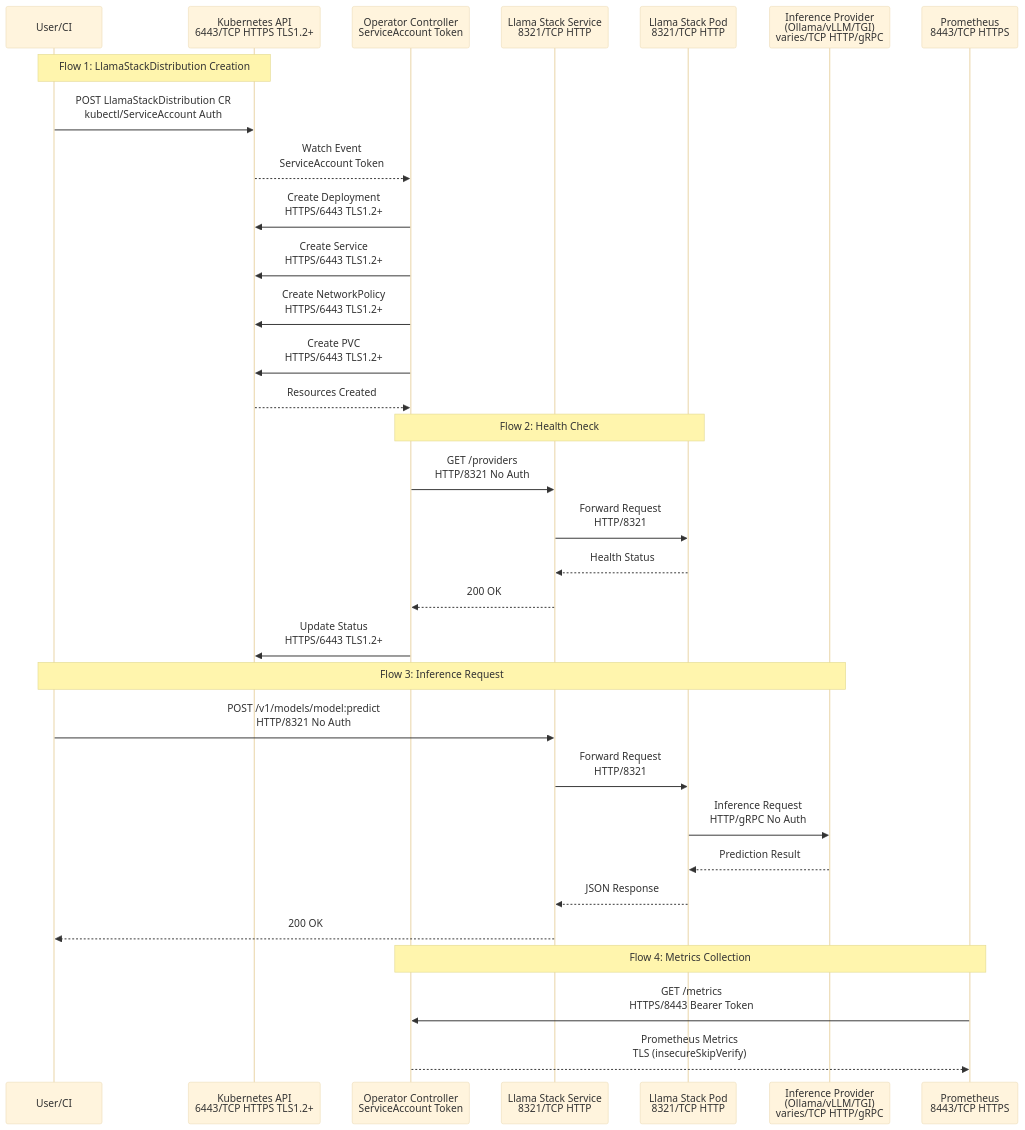
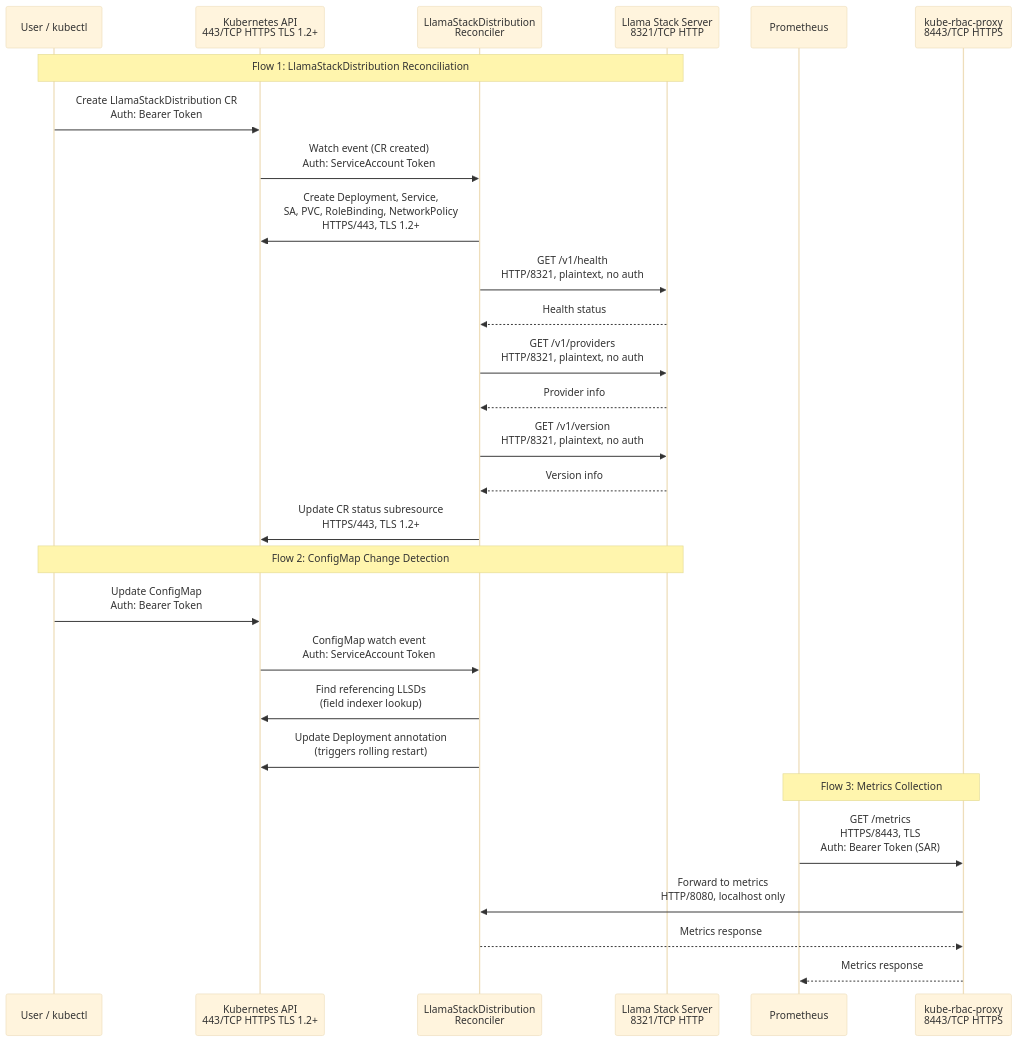
The diagram in architecture/rhoai-3.0/diagrams/llama-stack-k8s-operator-dataflow.mmd (rhuss/architecture-context), drawn with Mermaid (base theme) before and after one commit. The commit also changed 512 other files, not shown here.

```diff
--- a/architecture/rhoai-3.0/diagrams/llama-stack-k8s-operator-dataflow.mmd
+++ b/architecture/rhoai-3.0/diagrams/llama-stack-k8s-operator-dataflow.mmd
@@ -1,36 +1,38 @@
+%% Data Flow Diagram - Llama Stack K8s Operator
+%% Generated by: Claude Opus 4.6
+%% Source: architecture/rhoai-3.0/llama-stack-k8s-operator.md
+
 sequenceDiagram
-    participant User as User/CI
-    participant K8sAPI as Kubernetes API<br/>6443/TCP HTTPS TLS1.2+
-    participant Controller as Operator Controller<br/>ServiceAccount Token
-    participant LlamaService as Llama Stack Service<br/>8321/TCP HTTP
-    participant LlamaPod as Llama Stack Pod<br/>8321/TCP HTTP
-    participant Provider as Inference Provider<br/>(Ollama/vLLM/TGI)<br/>varies/TCP HTTP/gRPC
-    participant Prometheus as Prometheus<br/>8443/TCP HTTPS
+    participant User as User / kubectl
+    participant K8sAPI as Kubernetes API<br/>443/TCP HTTPS TLS 1.2+
+    participant Operator as LlamaStackDistribution<br/>Reconciler
+    participant LLServer as Llama Stack Server<br/>8321/TCP HTTP
+    participant Prometheus as Prometheus
+    participant KRBP as kube-rbac-proxy<br/>8443/TCP HTTPS
 
-    Note over User,K8sAPI: Flow 1: LlamaStackDistribution Creation
-    User->>K8sAPI: POST LlamaStackDistribution CR<br/>kubectl/ServiceAccount Auth
-    K8sAPI-->>Controller: Watch Event<br/>ServiceAccount Token
-    Controller->>K8sAPI: Create Deployment<br/>HTTPS/6443 TLS1.2+
-    Controller->>K8sAPI: Create Service<br/>HTTPS/6443 TLS1.2+
-    Controller->>K8sAPI: Create NetworkPolicy<br/>HTTPS/6443 TLS1.2+
-    Controller->>K8sAPI: Create PVC<br/>HTTPS/6443 TLS1.2+
-    K8sAPI-->>Controller: Resources Created
+    Note over User,LLServer: Flow 1: LlamaStackDistribution Reconciliation
 
-    Note over Controller,LlamaPod: Flow 2: Health Check
-    Controller->>LlamaService: GET /providers<br/>HTTP/8321 No Auth
-    LlamaService->>LlamaPod: Forward Request<br/>HTTP/8321
-    LlamaPod-->>LlamaService: Health Status
-    LlamaService-->>Controller: 200 OK
-    Controller->>K8sAPI: Update Status<br/>HTTPS/6443 TLS1.2+
+    User->>K8sAPI: Create LlamaStackDistribution CR<br/>Auth: Bearer Token
+    K8sAPI->>Operator: Watch event (CR created)<br/>Auth: ServiceAccount Token
+    Operator->>K8sAPI: Create Deployment, Service,<br/>SA, PVC, RoleBinding, NetworkPolicy<br/>HTTPS/443, TLS 1.2+
+    Operator->>LLServer: GET /v1/health<br/>HTTP/8321, plaintext, no auth
+    LLServer-->>Operator: Health status
+    Operator->>LLServer: GET /v1/providers<br/>HTTP/8321, plaintext, no auth
+    LLServer-->>Operator: Provider info
+    Operator->>LLServer: GET /v1/version<br/>HTTP/8321, plaintext, no auth
+    LLServer-->>Operator: Version info
+    Operator->>K8sAPI: Update CR status subresource<br/>HTTPS/443, TLS 1.2+
 
-    Note over User,Provider: Flow 3: Inference Request
-    User->>LlamaService: POST /v1/models/model:predict<br/>HTTP/8321 No Auth
-    LlamaService->>LlamaPod: Forward Request<br/>HTTP/8321
-    LlamaPod->>Provider: Inference Request<br/>HTTP/gRPC No Auth
-    Provider-->>LlamaPod: Prediction Result
-    LlamaPod-->>LlamaService: JSON Response
-    LlamaService-->>User: 200 OK
+    Note over User,LLServer: Flow 2: ConfigMap Change Detection
 
-    Note over Prometheus,Controller: Flow 4: Metrics Collection
-    Prometheus->>Controller: GET /metrics<br/>HTTPS/8443 Bearer Token
-    Controller-->>Prometheus: Prometheus Metrics<br/>TLS (insecureSkipVerify)
+    User->>K8sAPI: Update ConfigMap<br/>Auth: Bearer Token
+    K8sAPI->>Operator: ConfigMap watch event<br/>Auth: ServiceAccount Token
+    Operator->>K8sAPI: Find referencing LLSDs<br/>(field indexer lookup)
+    Operator->>K8sAPI: Update Deployment annotation<br/>(triggers rolling restart)
+
+    Note over Prometheus,KRBP: Flow 3: Metrics Collection
+
+    Prometheus->>KRBP: GET /metrics<br/>HTTPS/8443, TLS<br/>Auth: Bearer Token (SAR)
+    KRBP->>Operator: Forward to metrics<br/>HTTP/8080, localhost only
+    Operator-->>KRBP: Metrics response
+    KRBP-->>Prometheus: Metrics response
```
